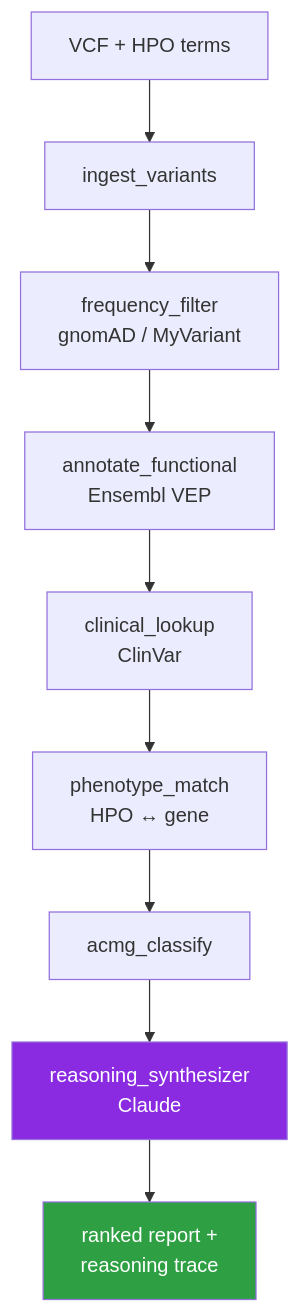
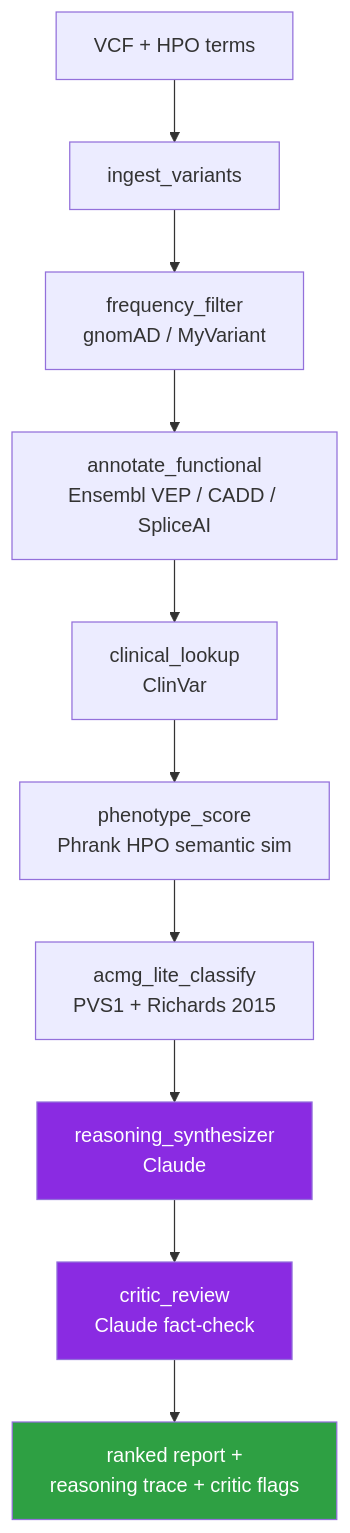
One commit to ankurgenomics/agentic-genomics changed the diagram in README.md. Above: the diagram before and after it, drawn with Mermaid. The commit also changed other lines of this file and 19 other files, not shown here.

First line of the commit message:
Recalibrate scope, add PVS1 + Richards 2015 combining, Phrank HPO scoring, critic LLM pass

````diff
--- a/README.md
+++ b/README.md
@@ -39,14 +39,16 @@
 ```mermaid
 flowchart TD
     A[VCF + HPO terms] --> B[ingest_variants]
     B --> C[frequency_filter<br/>gnomAD / MyVariant]
-    C --> D[annotate_functional<br/>Ensembl VEP]
+    C --> D[annotate_functional<br/>Ensembl VEP / CADD / SpliceAI]
     D --> E[clinical_lookup<br/>ClinVar]
-    E --> F[phenotype_match<br/>HPO ↔ gene]
-    F --> G[acmg_classify]
+    E --> F[phenotype_score<br/>Phrank HPO semantic sim]
+    F --> G[acmg_lite_classify<br/>PVS1 + Richards 2015]
     G --> H[reasoning_synthesizer<br/>Claude]
-    H --> I[ranked report +<br/>reasoning trace]
+    H --> I[critic_review<br/>Claude fact-check]
+    I --> J[ranked report +<br/>reasoning trace + critic flags]
 
     style H fill:#8A2BE2,color:#fff
-    style I fill:#2ea043,color:#fff
+    style I fill:#8A2BE2,color:#fff
+    style J fill:#2ea043,color:#fff
 ```
````
